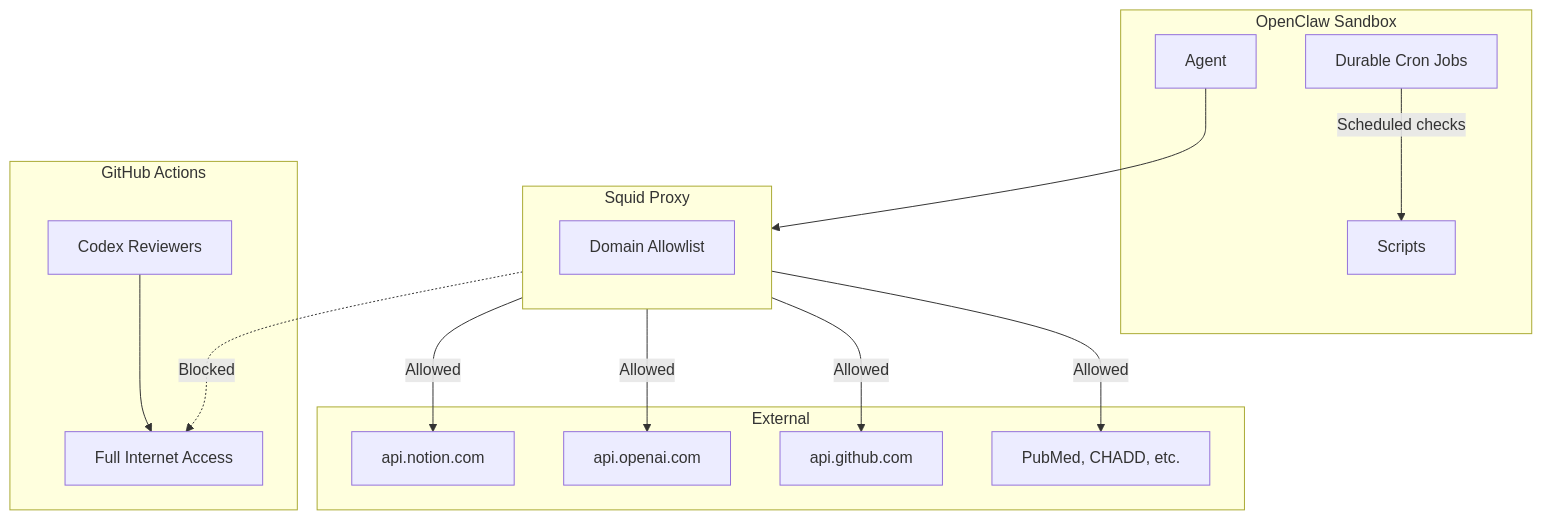
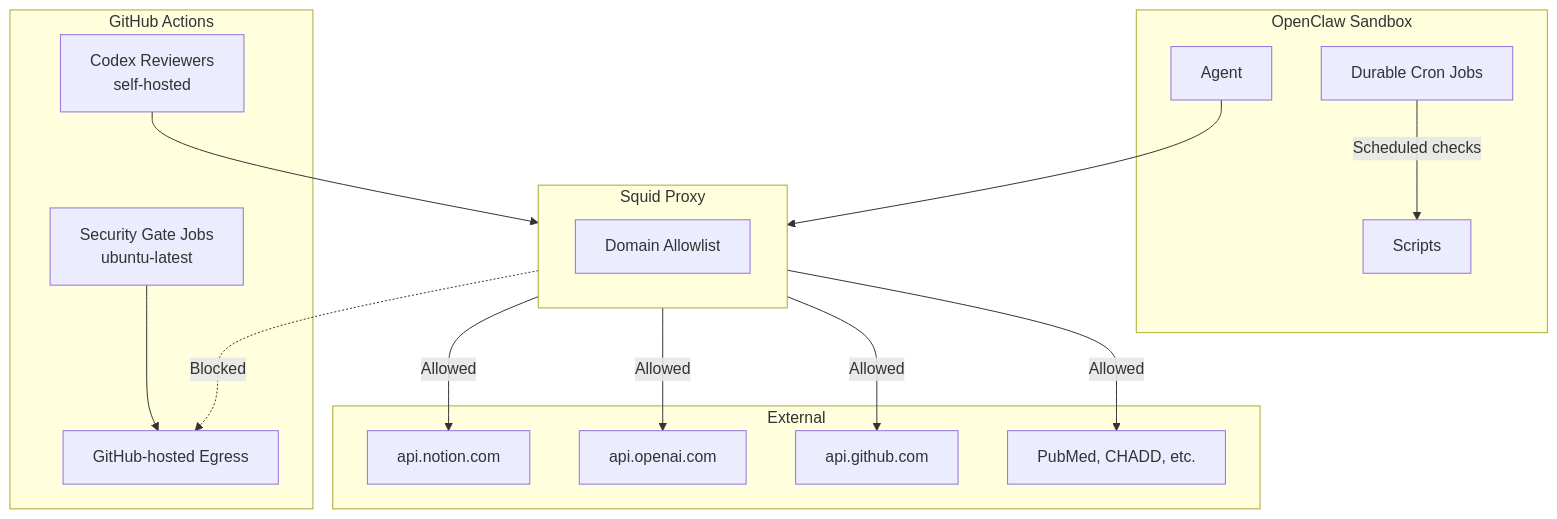
The sixth of 6 diagrams in docs/architecture.md (NickBorgersProbably/hide-my-list), drawn with Mermaid before and after one commit. The commit also changed other lines of this file and 1 other file, not shown here.

Commit message:
clarify proxy enforcement across environments

````diff
--- a/docs/architecture.md
+++ b/docs/architecture.md
@@ -264,35 +264,37 @@
 ```mermaid
 flowchart TB
     subgraph Sandbox["OpenClaw Sandbox"]
         Agent[Agent]
         Scripts[Scripts]
         Cron[Durable Cron Jobs]
     end
 
     subgraph Proxy["Squid Proxy"]
         ACL[Domain Allowlist]
     end
 
     subgraph External["External"]
         Notion[api.notion.com]
         OpenAI[api.openai.com]
         GitHub[api.github.com]
         Research[PubMed, CHADD, etc.]
     end
 
     subgraph CIEnv["GitHub Actions"]
-        CI[Codex Reviewers]
-        FullNet[Full Internet Access]
+        Gate[Security Gate Jobs<br/>ubuntu-latest]
+        CI[Codex Reviewers<br/>self-hosted]
+        FullNet[GitHub-hosted Egress]
     end
 
     Agent --> Proxy
     Proxy -->|Allowed| Notion
     Proxy -->|Allowed| OpenAI
     Proxy -->|Allowed| GitHub
     Proxy -->|Allowed| Research
     Proxy -.->|Blocked| FullNet
 
-    CI --> FullNet
+    CI --> Proxy
+    Gate --> FullNet
 
     Cron -->|Scheduled checks| Scripts
 ```
````
